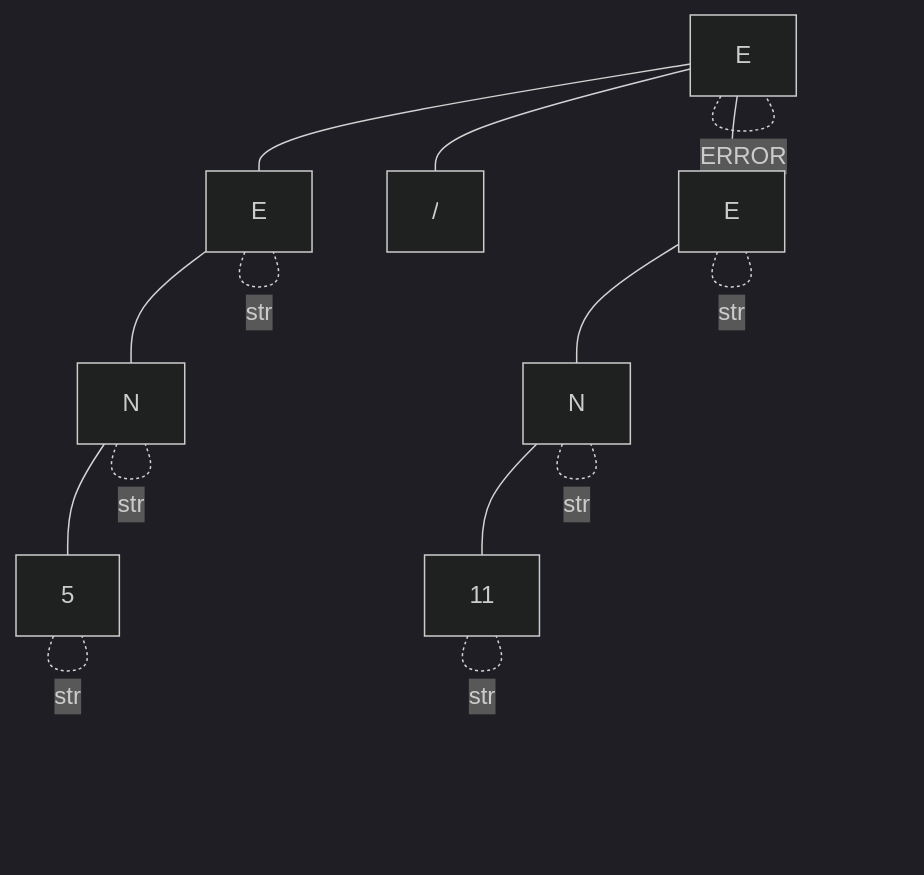
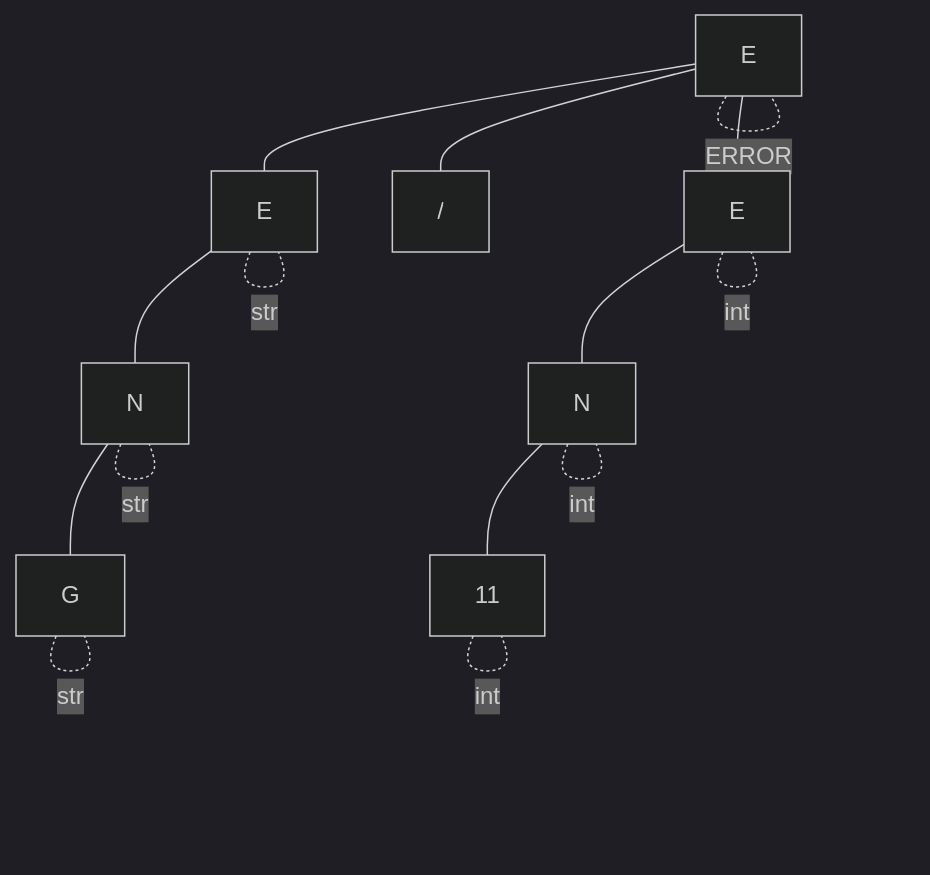
Diagram 12 of 18 in Lab1/SistemaTipos.md (UVG-Teams/uvg-compiladores), drawn with Mermaid (dark theme) before and after one commit. The commit also changed other lines of this file and 4 other files, not shown here.

````diff
--- a/Lab1/SistemaTipos.md
+++ b/Lab1/SistemaTipos.md
@@ -302,18 +311,18 @@
 ```mermaid
   graph TD;
       A[E] --- B[E];
       A --- H["/"]
       A --- C[E];
       B --- D[N];
       C --- E[N];
-      D --- F[5];
+      D --- F[G];
       E --- G[11];
       
       A -.-|ERROR| A;
       B -.-|str| B;
-      C -.-|str| C;
+      C -.-|int| C;
       D -.-|str| D;
-      E -.-|str| E;
+      E -.-|int| E;
       F -.-|str| F;
-      G -.-|str| G;
+      G -.-|int| G;
 ```
````
